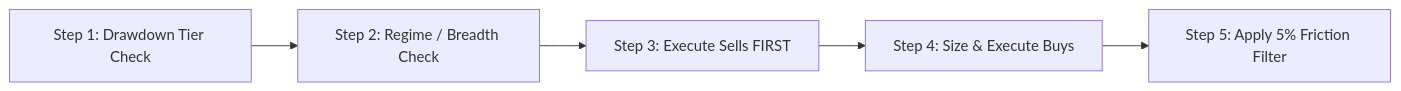
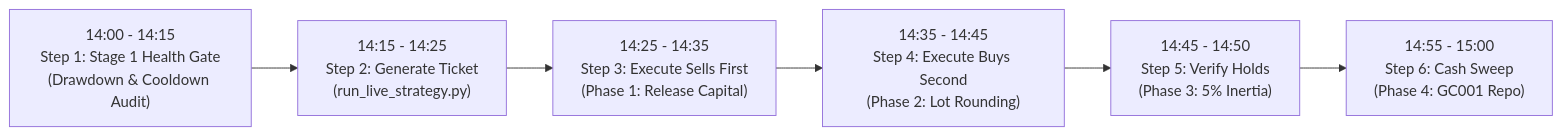
Before and after one commit to stonewell/quant_research: the second of 2 diagrams in docs/ruleset/chan_four_state_blend/rules.md, drawn with Mermaid. The commit also changed other lines of this file and 5 other files, not shown here.

````diff
--- a/docs/ruleset/chan_four_state_blend/rules.md
+++ b/docs/ruleset/chan_four_state_blend/rules.md
@@ -33,7 +63,8 @@
 ```mermaid
 flowchart LR
-    T1["Step 1: Drawdown Tier Check"] --> T2["Step 2: Regime / Breadth Check"]
-    T2 --> T3["Step 3: Execute Sells FIRST"]
-    T3 --> T4["Step 4: Size & Execute Buys"]
-    T4 --> T5["Step 5: Apply 5% Friction Filter"]
+    T1["14:00 - 14:15\nStep 1: Stage 1 Health Gate\n(Drawdown & Cooldown Audit)"] --> T2["14:15 - 14:25\nStep 2: Generate Ticket\n(run_live_strategy.py)"]
+    T2 --> T3["14:25 - 14:35\nStep 3: Execute Sells First\n(Phase 1: Release Capital)"]
+    T3 --> T4["14:35 - 14:45\nStep 4: Execute Buys Second\n(Phase 2: Lot Rounding)"]
+    T4 --> T5["14:45 - 14:50\nStep 5: Verify Holds\n(Phase 3: 5% Inertia)"]
+    T5 --> T6["14:55 - 15:00\nStep 6: Cash Sweep\n(Phase 4: GC001 Repo)"]
 ```
````
